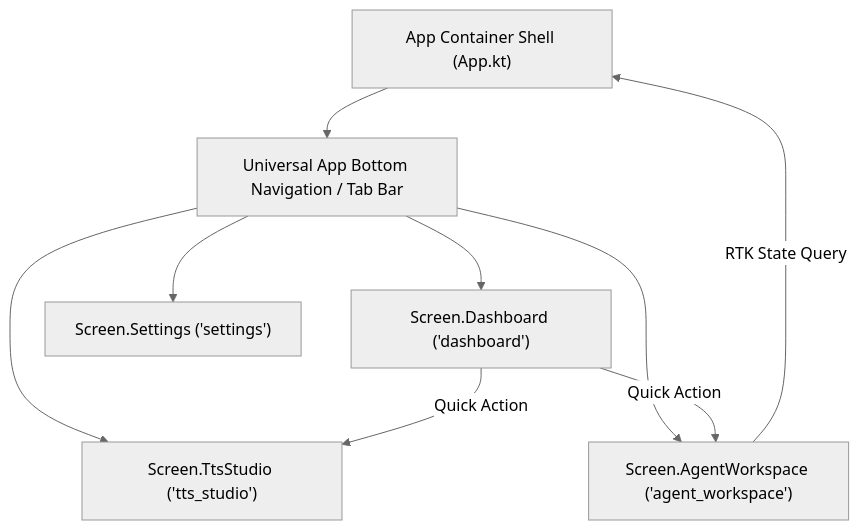
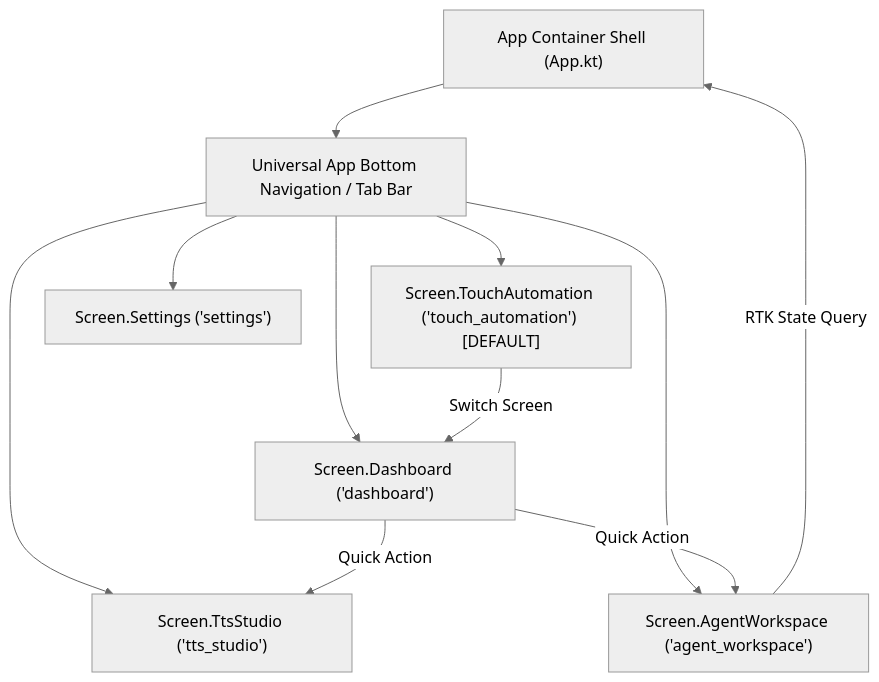
One commit to miladhashemzadeh/TTSAIController changed the diagram in AGENTS.md. Above: the diagram before and after it, drawn with Mermaid (neutral theme). The commit also changed other lines of this file and 89 other files, not shown here.

````diff
--- a/AGENTS.md
+++ b/AGENTS.md
@@ -48,14 +48,16 @@
 ```mermaid
 flowchart TD
     AppShell["App Container Shell (App.kt)"]
     AppShell --> Nav["Universal App Bottom Navigation / Tab Bar"]
 
+    Nav --> RouteTouch["Screen.TouchAutomation ('touch_automation') [DEFAULT]"]
     Nav --> RouteDash["Screen.Dashboard ('dashboard')"]
     Nav --> RouteTts["Screen.TtsStudio ('tts_studio')"]
     Nav --> RouteAgent["Screen.AgentWorkspace ('agent_workspace')"]
     Nav --> RouteSettings["Screen.Settings ('settings')"]
 
+    RouteTouch -->|"Switch Screen"| RouteDash
     RouteDash -->|"Quick Action"| RouteTts
     RouteDash -->|"Quick Action"| RouteAgent
     RouteAgent -->|"RTK State Query"| AppShell
 ```
````
